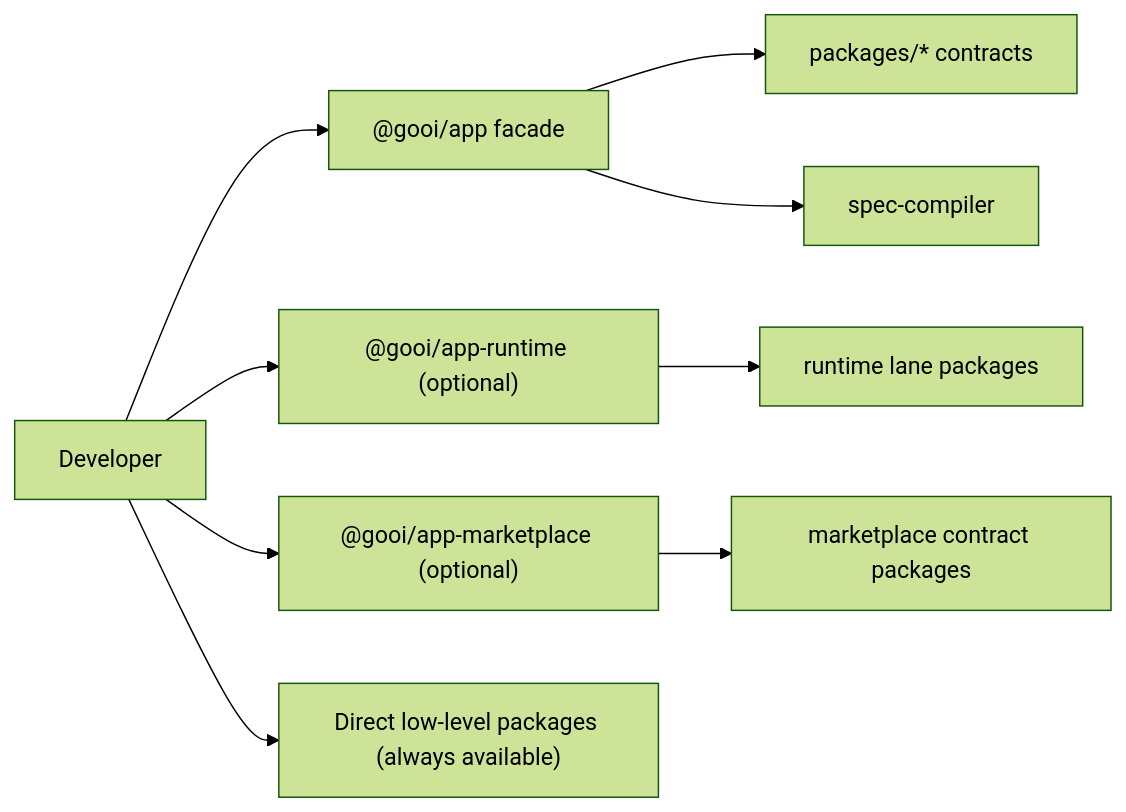
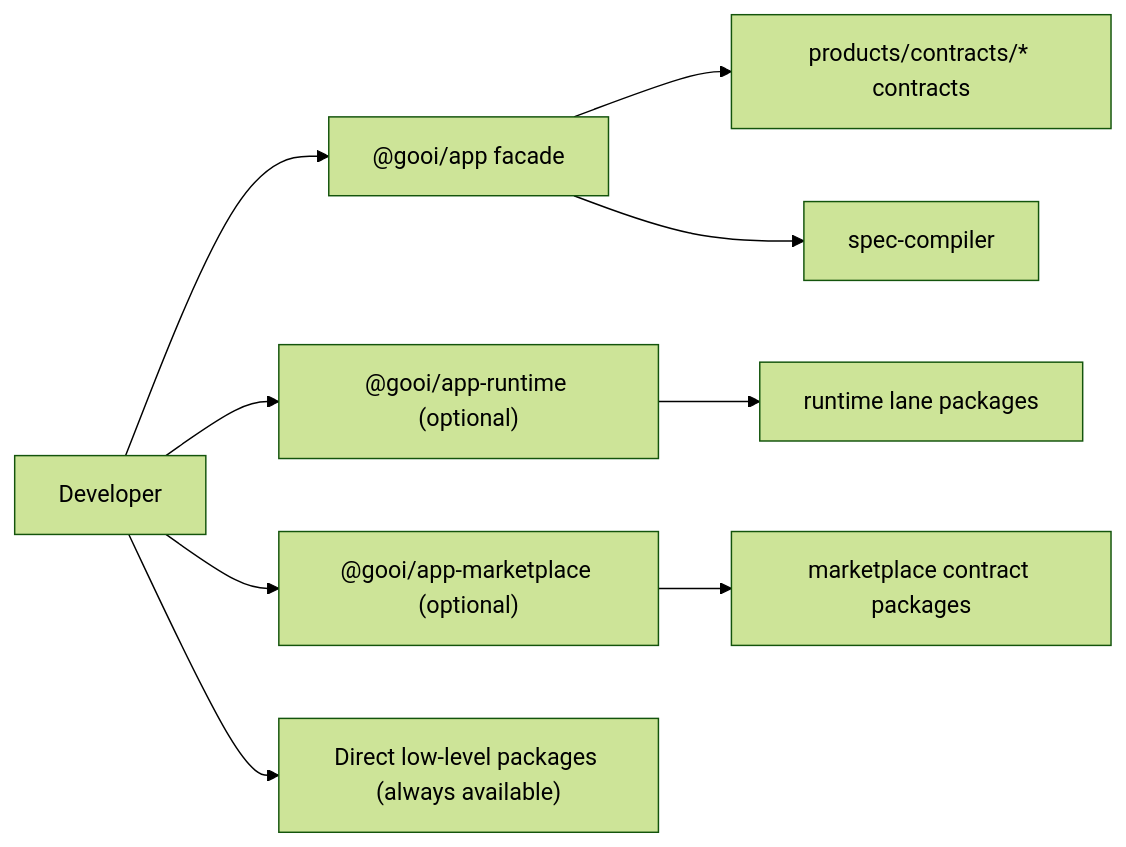
Before and after one commit to ngalluzzo/gooi: the first of 3 diagrams in docs/engineering/rfcs/RFC-0014-progressive-dx-facade-apis-and-compatibility-guarantees.md, drawn with Mermaid (forest theme). The commit also changed 40 other files, not shown here.

````diff
--- a/docs/engineering/rfcs/RFC-0014-progressive-dx-facade-apis-and-compatibility-guarantees.md
+++ b/docs/engineering/rfcs/RFC-0014-progressive-dx-facade-apis-and-compatibility-guarantees.md
@@ -92,11 +92,11 @@
 ```mermaid
 flowchart LR
   Dev["Developer"] --> Facade["@gooi/app facade"]
-  Facade --> Contracts["packages/* contracts"]
+  Facade --> Contracts["products/contracts/* contracts"]
   Facade --> Compiler["spec-compiler"]
   Dev --> RuntimeFacade["@gooi/app-runtime (optional)"]
   RuntimeFacade --> Runtime["runtime lane packages"]
   Dev --> MarketplaceFacade["@gooi/app-marketplace (optional)"]
   MarketplaceFacade --> MarketplaceContracts["marketplace contract packages"]
   Dev --> LowLevel["Direct low-level packages (always available)"]
 ```
````
